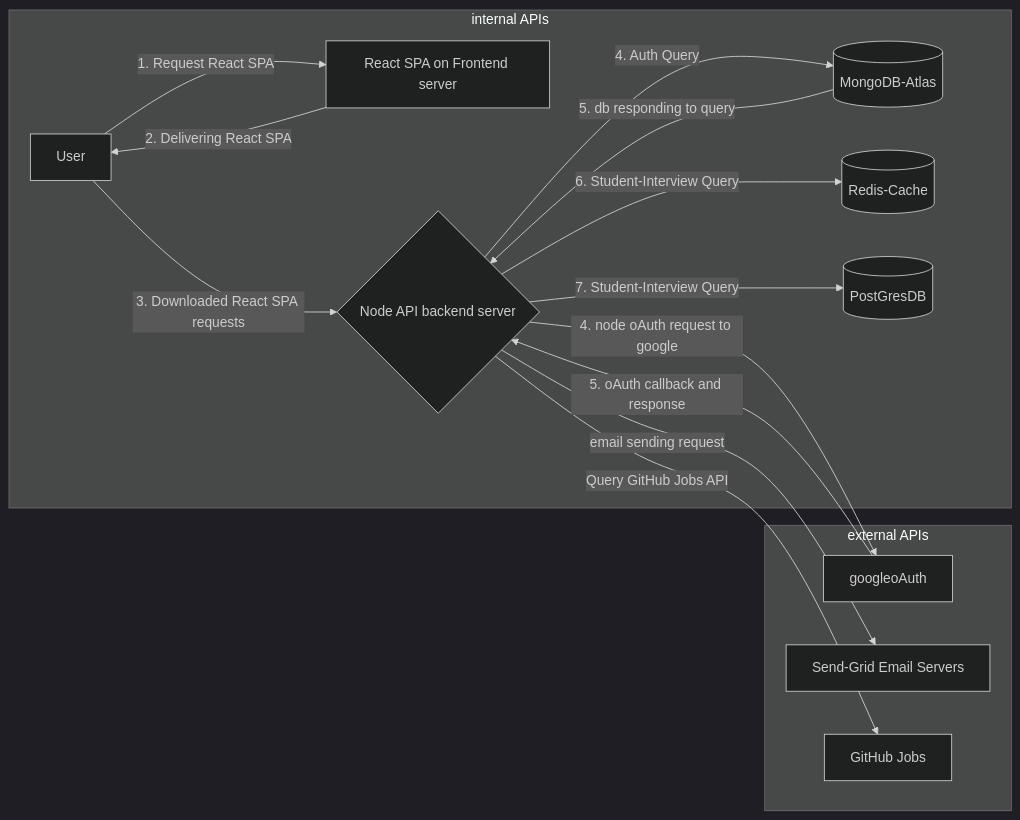
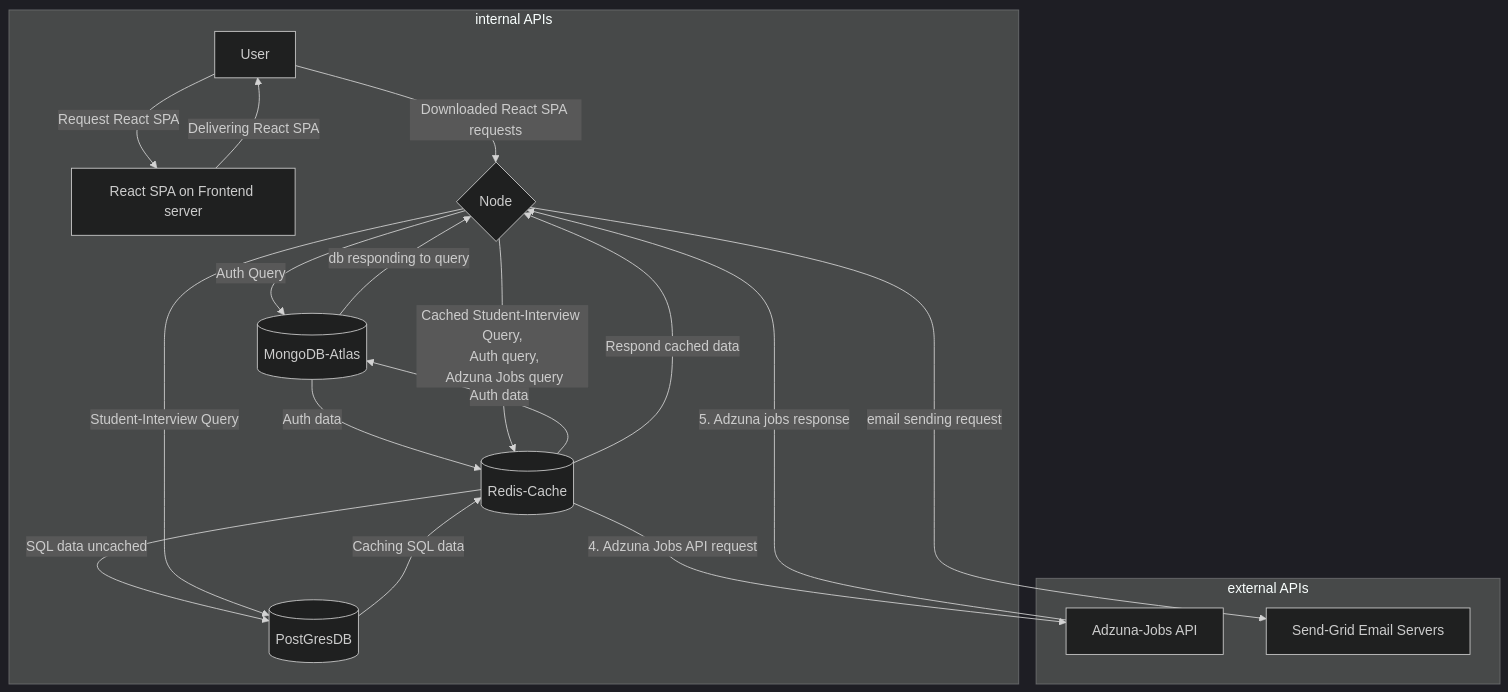
One commit to piyush-mishra-pm/placement-cell changed the first of 3 diagrams in README.md. Above: the diagram before and after it, drawn with Mermaid (dark theme). The commit also changed other lines of this file and 1 other file, not shown here.

Commit message:
FE env var for BE API corrected.

````diff
--- a/README.md
+++ b/README.md
@@ -54,18 +54,22 @@
 ```mermaid
-flowchart LR
+flowchart TD
 subgraph internal APIs
-  u[User] -->|1. Request React SPA| fe[React SPA on Frontend server]
-  fe -->|2. Delivering React SPA| u
-  u --> |3. Downloaded React SPA requests| api{Node API backend server}
-  api -->|4. Auth Query| mongoDb[(MongoDB-Atlas)]
-  mongoDb -->|5. db responding to query| api
-  api -->|6. Student-Interview Query| redis[(Redis-Cache)]
-  api -->|7. Student-Interview Query| pgDb[(PostGresDB)]
+  u[User] -->|Request React SPA| fe[React SPA on Frontend server]
+  fe -->|Delivering React SPA| u
+  u --> |Downloaded React SPA requests| api{Node}
+  redis --> |SQL data uncached| pgDb
+  pgDb --> |Caching SQL data| redis
+  redis --> |Auth data| mongoDb
+  redis --> |Respond cached data| api
+  mongoDb --> |Auth data| redis
+  api -->|Auth Query| mongoDb[(MongoDB-Atlas)]
+  mongoDb -->|db responding to query| api
+  api -->|Cached Student-Interview Query,\n Auth query,\n Adzuna Jobs query| redis[(Redis-Cache)]
+  api -->|Student-Interview Query| pgDb[(PostGresDB)]
 end
 subgraph external APIs
-  api -->|4. node oAuth request to google| google[googleoAuth]
-  google -->|5. oAuth callback and response| api
+  redis -->|4. Adzuna Jobs API request| adzuna[Adzuna-Jobs API]
+  adzuna -->|5. Adzuna jobs response| api
   api -->|email sending request| sendgrid[Send-Grid Email Servers]
-  api -->|Query GitHub Jobs API| gitHub[GitHub Jobs]
 end
 ```
````
